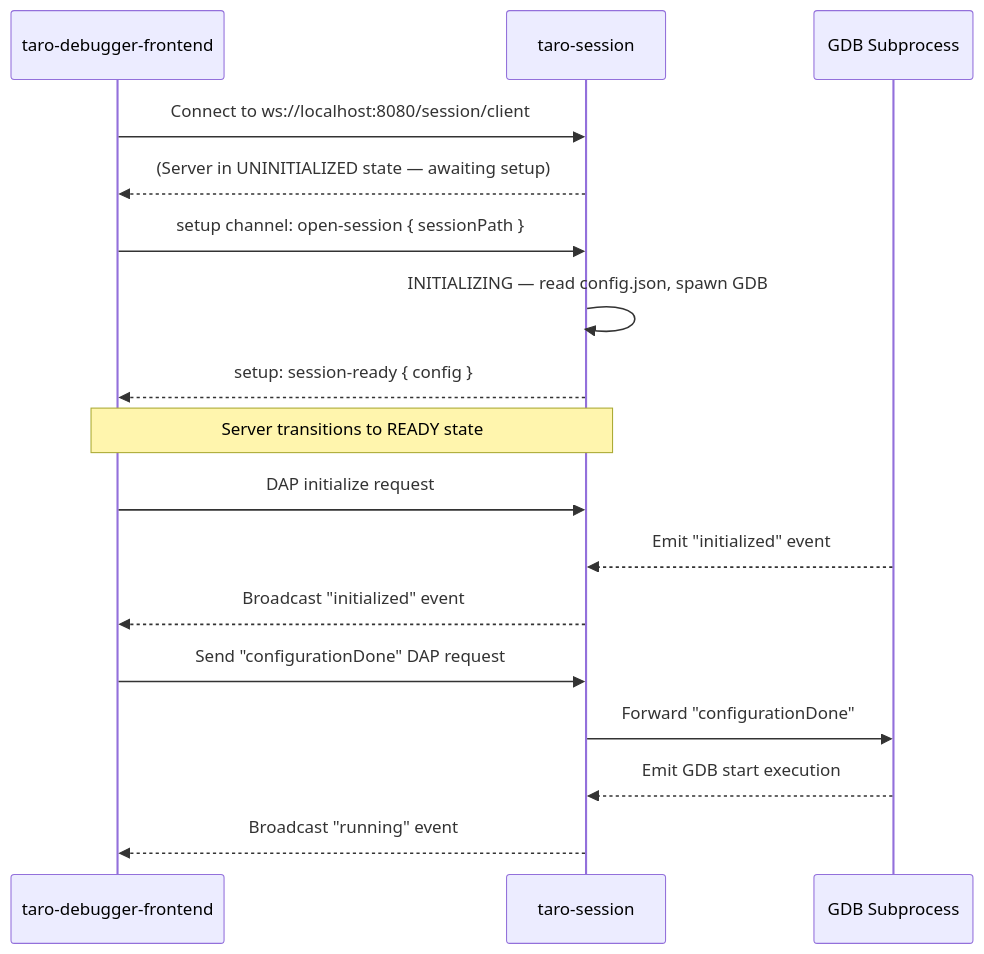
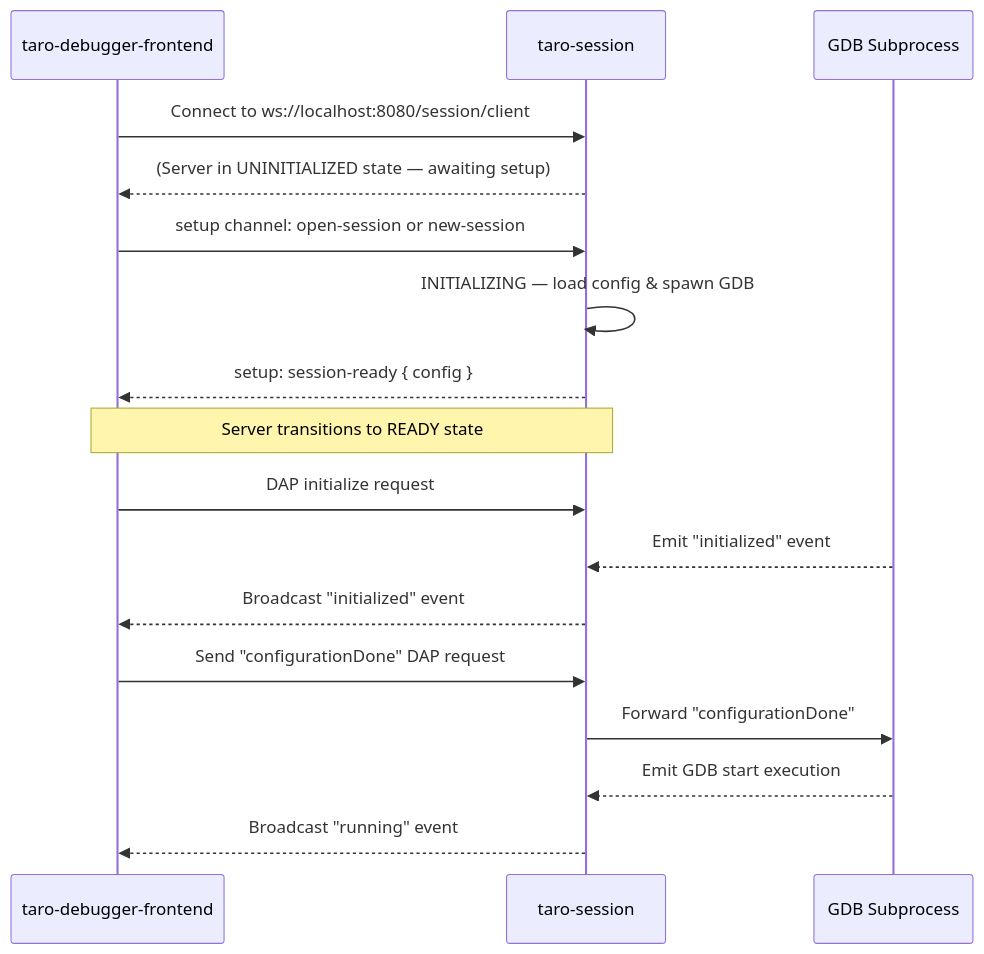
Before and after one commit to tangpo387-arch/taro-debugger: the second of 2 diagrams in docs/architecture.md, drawn with Mermaid. The commit also changed other lines of this file and 20 other files, not shown here.

Commit message:
docs: add architecture documentation standards and integrate into project context workflow

````diff
--- a/docs/architecture.md
+++ b/docs/architecture.md
@@ -102,20 +106,20 @@
 ```mermaid
 sequenceDiagram
     participant FE as taro-debugger-frontend
     participant TS as taro-session
     participant GDB as GDB Subprocess
 
     FE->>TS: Connect to ws://localhost:8080/session/client
     TS-->>FE: (Server in UNINITIALIZED state — awaiting setup)
-    FE->>TS: setup channel: open-session { sessionPath }
-    TS->>TS: INITIALIZING — read config.json, spawn GDB
+    FE->>TS: setup channel: open-session or new-session
+    TS->>TS: INITIALIZING — load config & spawn GDB
     TS-->>FE: setup: session-ready { config }
     Note over FE,TS: Server transitions to READY state
     FE->>TS: DAP initialize request
     GDB-->>TS: Emit "initialized" event
     TS-->>FE: Broadcast "initialized" event
     FE->>TS: Send "configurationDone" DAP request
     TS->>GDB: Forward "configurationDone"
     GDB-->>TS: Emit GDB start execution
     TS-->>FE: Broadcast "running" event
 ```
````
